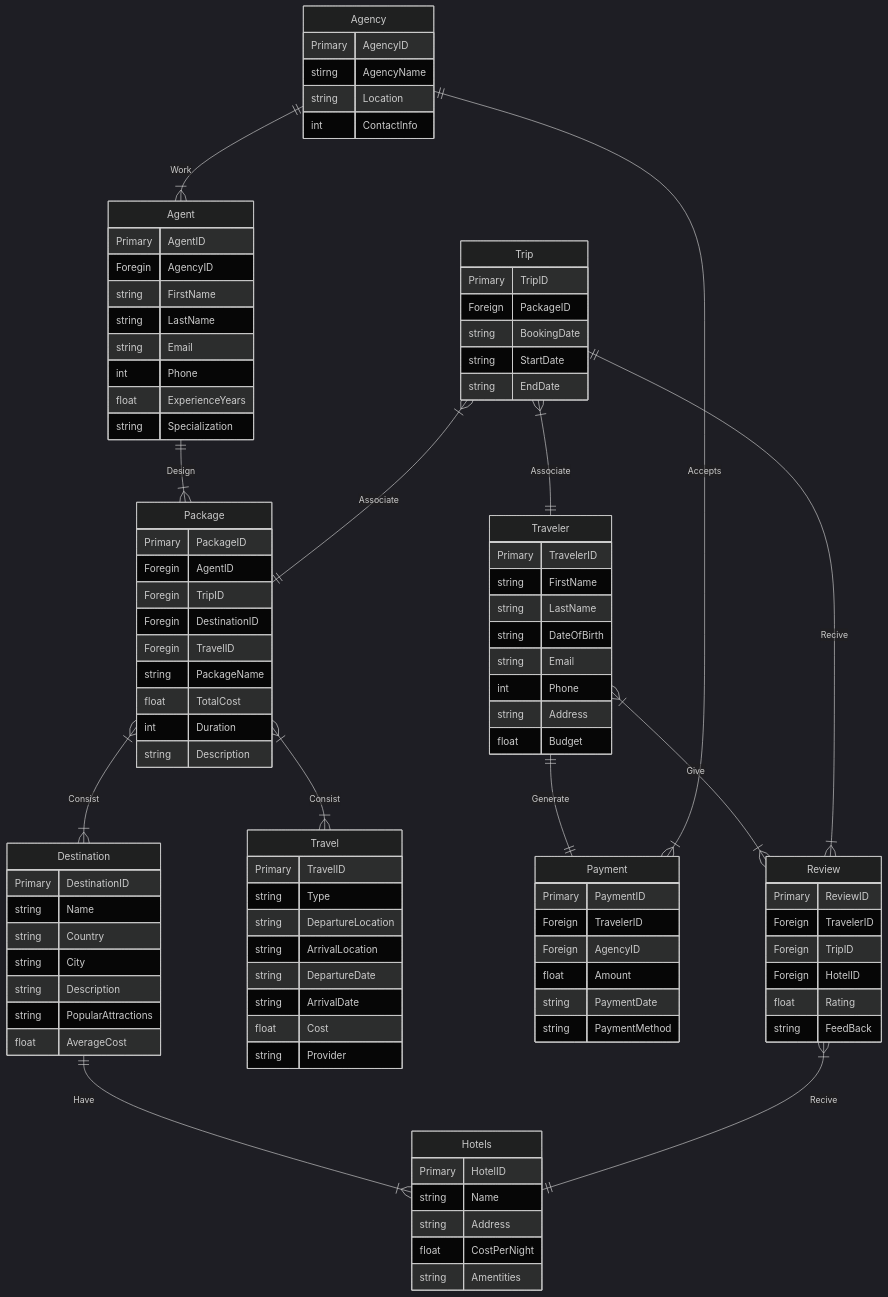
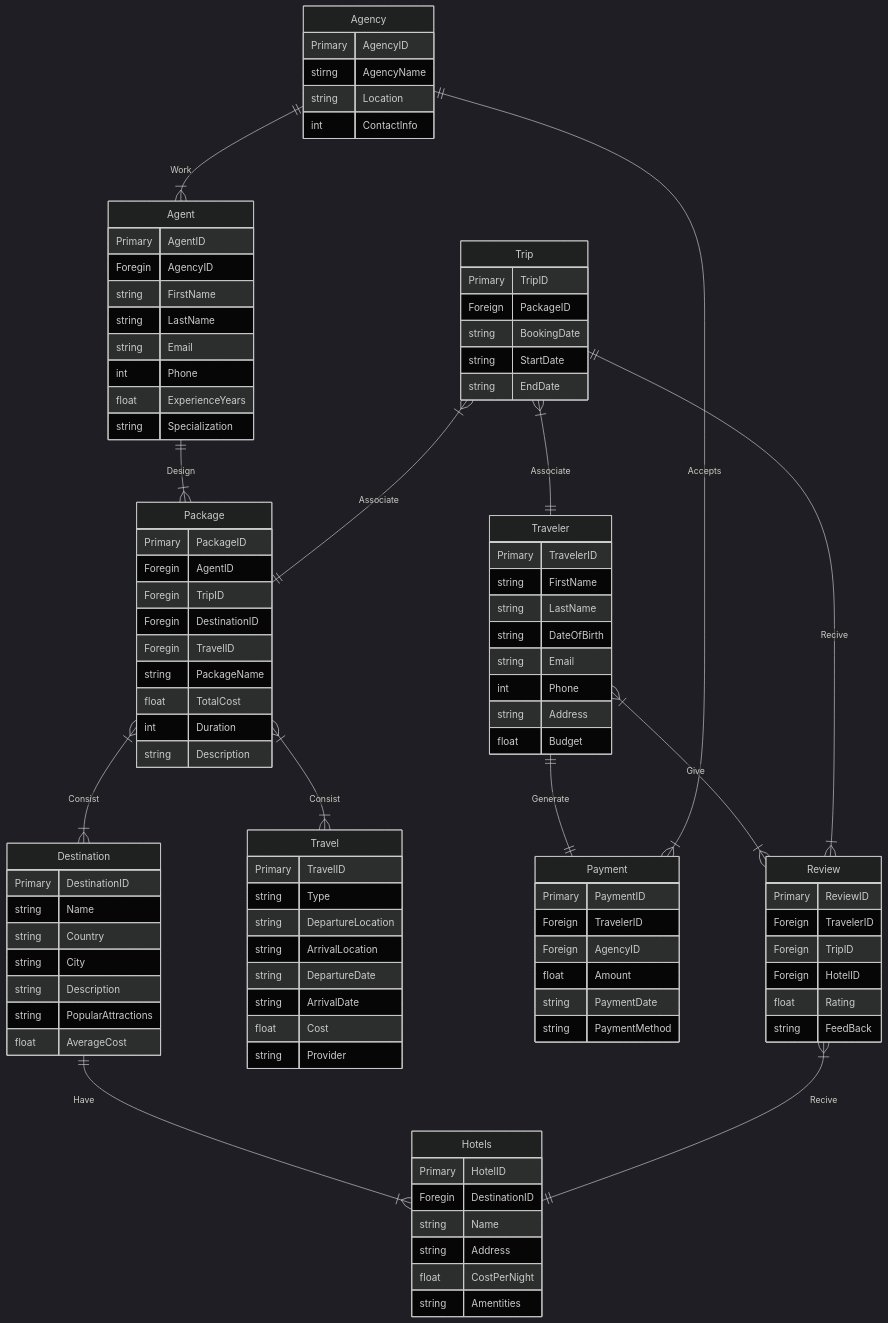
Before and after one commit to cmsc-vcu/cmsc508-fa2023-prj-traveldatabase-group: the first of 2 diagrams in DatabaseDesign.qmd, drawn with Mermaid (dark theme). The commit also changed other lines of this file, not shown here.

Commit message:
Updataed diagram

```diff
--- a/DatabaseDesign.qmd
+++ b/DatabaseDesign.qmd
@@ -146,6 +146,7 @@
 
 Hotels{
     Primary HotelID
+    Foregin DestinationID
     string Name
     string Address
     float CostPerNight
```
